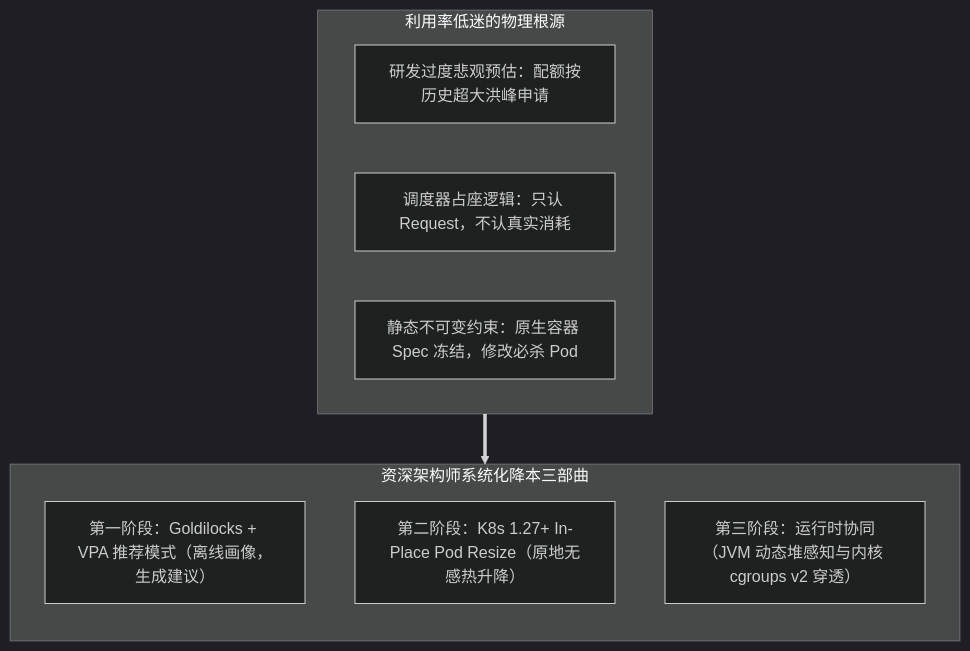
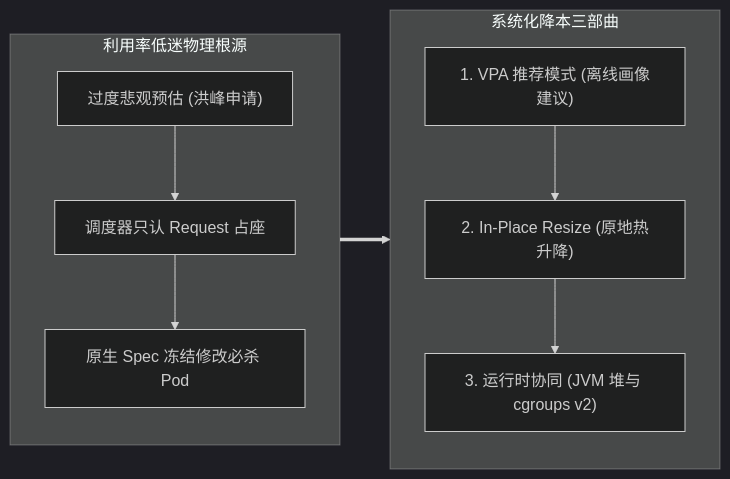
Before and after one commit to MoreConsequence/MoreConsequence.github.io: the first of 5 diagrams in content/posts/kubernetes-internals/k8s-19-finops-vpa-in-place-pod-resize.md, drawn with Mermaid (dark theme). The commit also changed other lines of this file and 835 other files, not shown here.

First line of the commit message:
feat(blog): 全站33篇新增深度专栏与博文全量审核上线及矢量图表优化

````diff
--- a/content/posts/kubernetes-internals/k8s-19-finops-vpa-in-place-pod-resize.md
+++ b/content/posts/kubernetes-internals/k8s-19-finops-vpa-in-place-pod-resize.md
@@ -40,17 +40,20 @@
 ```mermaid
-flowchart TD
-    subgraph ProblemSpace["利用率低迷的物理根源"]
-        P1["研发过度悲观预估：配额按历史超大洪峰申请"]
-        P2["调度器占座逻辑：只认 Request，不认真实消耗"]
-        P3["静态不可变约束：原生容器 Spec 冻结，修改必杀 Pod"]
+flowchart LR
+    subgraph ProblemSpace["利用率低迷物理根源"]
+        direction TB
+        P1["过度悲观预估 (洪峰申请)"]
+        P2["调度器只认 Request 占座"]
+        P3["原生 Spec 冻结修改必杀 Pod"]
+        P1 --> P2 --> P3
     end
 
-    subgraph SolutionSpace["资深架构师系统化降本三部曲"]
+    subgraph SolutionSpace["系统化降本三部曲"]
         direction TB
-        S1["第一阶段：Goldilocks + VPA 推荐模式（离线画像，生成建议）"]
-        S2["第二阶段：K8s 1.27+ In-Place Pod Resize（原地无感热升降）"]
-        S3["第三阶段：运行时协同（JVM 动态堆感知与内核 cgroups v2 穿透）"]
+        S1["1. VPA 推荐模式 (离线画像建议)"]
+        S2["2. In-Place Resize (原地热升降)"]
+        S3["3. 运行时协同 (JVM 堆与 cgroups v2)"]
+        S1 --> S2 --> S3
     end
 
     ProblemSpace ==> SolutionSpace
 ```
````
